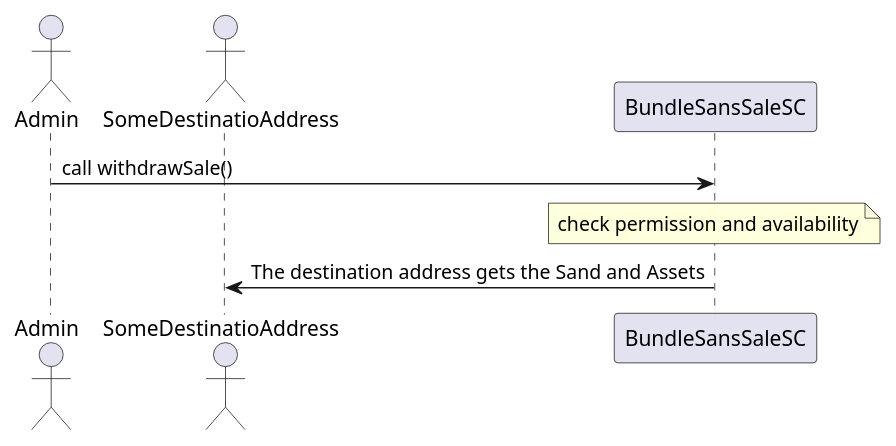
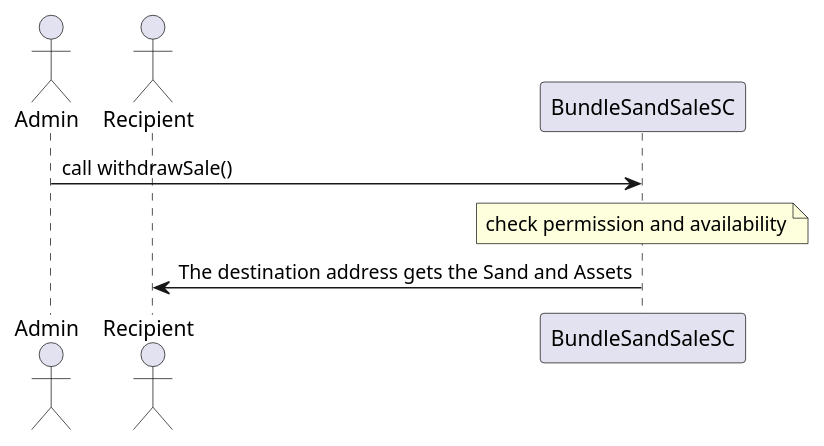
The fifth of 5 diagrams in docs/topics/sand/bundle-sand-sale.md (thesandboxgame/sandbox-smart-contracts), drawn with PlantUML before and after one commit. The commit also changed other lines of this file and 1 other file, not shown here.

Commit message:
doc: fix some typos and documentation format

````diff
--- a/docs/topics/sand/bundle-sand-sale.md
+++ b/docs/topics/sand/bundle-sand-sale.md
@@ -168,9 +168,9 @@
 ```plantuml
 actor Admin
-actor SomeDestinatioAddress
-participant BundleSansSaleSC
+actor Recipient
+participant BundleSandSaleSC
 
-"Admin" -> "BundleSansSaleSC": call withdrawSale()
-note over BundleSansSaleSC: check permission and availability
-"BundleSansSaleSC" -> "SomeDestinatioAddress": The destination address gets the Sand and Assets
+"Admin" -> "BundleSandSaleSC": call withdrawSale()
+note over BundleSandSaleSC: check permission and availability
+"BundleSandSaleSC" -> "Recipient": The destination address gets the Sand and Assets
 ```
````
